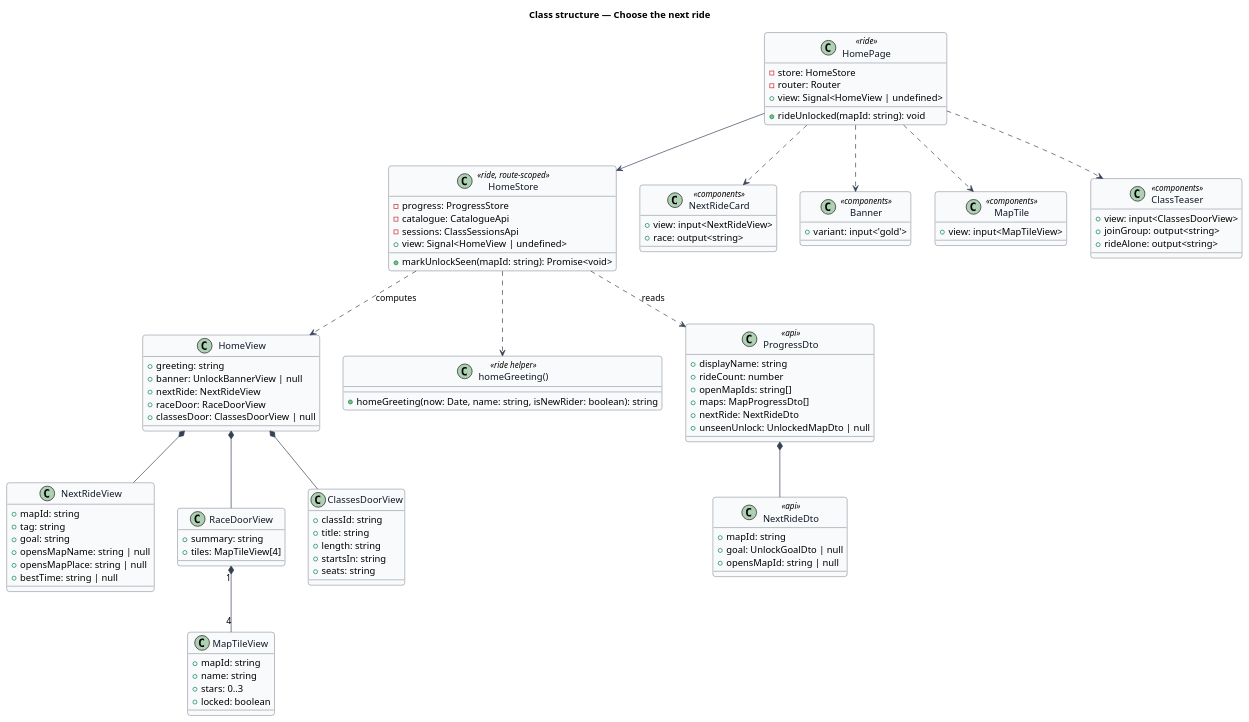
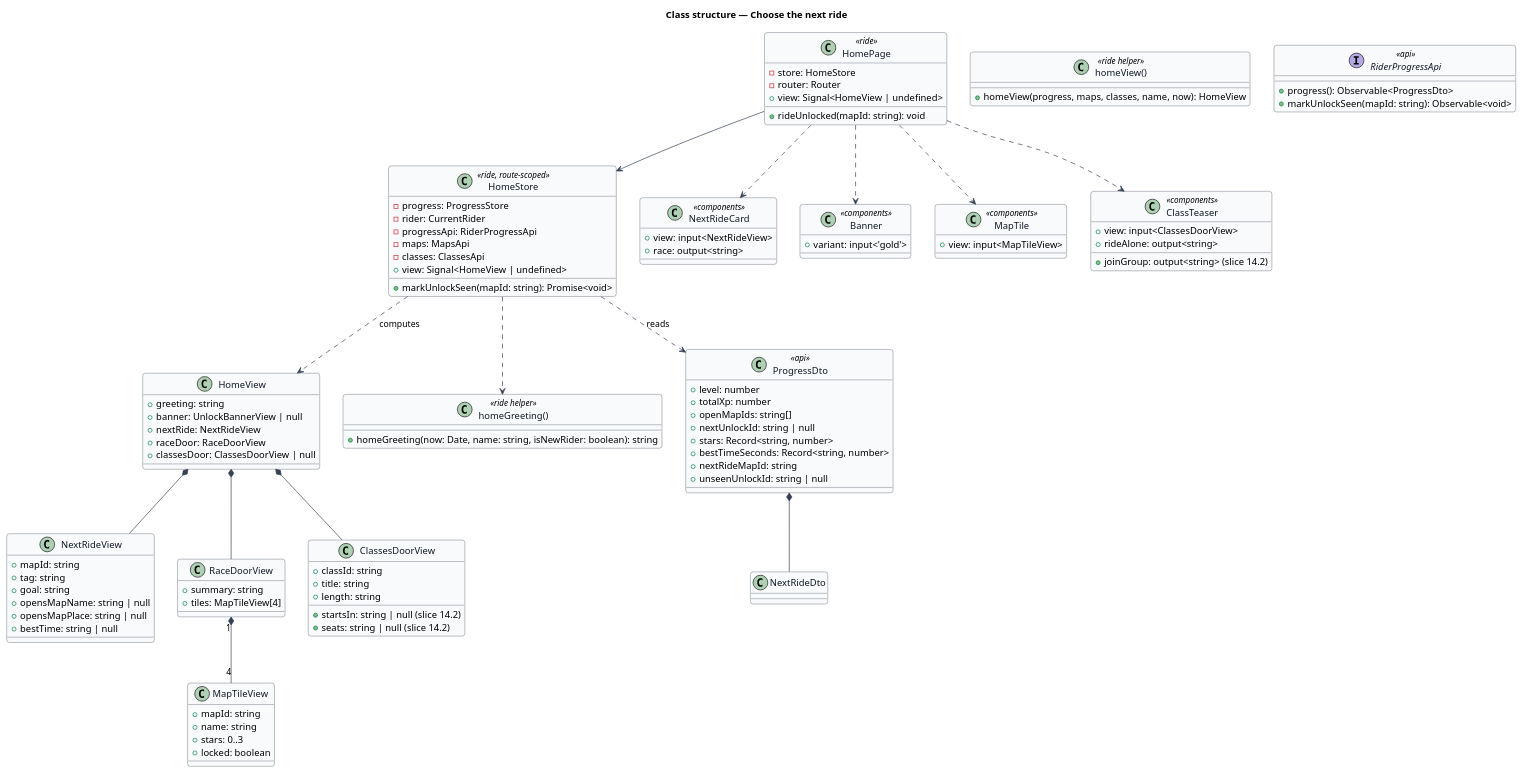
The diagram in docs/detailed-designs/home/choose-the-next-ride/diagrams/class-structure.puml (QuinntyneBrown/ride-one), drawn with PlantUML before and after one commit. The commit also changed 10 other files, not shown here.

First line of the commit message:
Bring Home's design in line with the code it builds on (slice 13.2)

```diff
--- a/docs/detailed-designs/home/choose-the-next-ride/diagrams/class-structure.puml
+++ b/docs/detailed-designs/home/choose-the-next-ride/diagrams/class-structure.puml
@@ -1,104 +1,110 @@
 @startuml
 ' --- shared skin header ---
 skinparam backgroundColor #FFFFFF
 skinparam shadowing false
 skinparam roundcorner 8
 skinparam defaultFontName Arial
 skinparam ArrowColor #344054
 skinparam class {
   BorderColor #344054
   FontColor #101828
   BackgroundColor #F9FAFB
 }
 ' --------------------------
 title Class structure — Choose the next ride
 class HomePage <<ride>> {
   -store: HomeStore
   -router: Router
   +view: Signal<HomeView | undefined>
   +rideUnlocked(mapId: string): void
 }
 class HomeStore <<ride, route-scoped>> {
   -progress: ProgressStore
-  -catalogue: CatalogueApi
-  -sessions: ClassSessionsApi
+  -rider: CurrentRider
+  -progressApi: RiderProgressApi
+  -maps: MapsApi
+  -classes: ClassesApi
   +view: Signal<HomeView | undefined>
   +markUnlockSeen(mapId: string): Promise<void>
 }
 class HomeView {
   +greeting: string
   +banner: UnlockBannerView | null
   +nextRide: NextRideView
   +raceDoor: RaceDoorView
   +classesDoor: ClassesDoorView | null
+}
+class "homeView()" as homeView <<ride helper>> {
+  +homeView(progress, maps, classes, name, now): HomeView
 }
 class NextRideView {
   +mapId: string
   +tag: string
   +goal: string
   +opensMapName: string | null
   +opensMapPlace: string | null
   +bestTime: string | null
 }
 class RaceDoorView {
   +summary: string
   +tiles: MapTileView[4]
 }
 class MapTileView {
   +mapId: string
   +name: string
   +stars: 0..3
   +locked: boolean
 }
 class ClassesDoorView {
   +classId: string
   +title: string
   +length: string
-  +startsIn: string
-  +seats: string
+  +startsIn: string | null (slice 14.2)
+  +seats: string | null (slice 14.2)
 }
 class "homeGreeting()" as greet <<ride helper>> {
   +homeGreeting(now: Date, name: string, isNewRider: boolean): string
 }
 class ProgressDto <<api>> {
-  +displayName: string
-  +rideCount: number
+  +level: number
+  +totalXp: number
   +openMapIds: string[]
-  +maps: MapProgressDto[]
-  +nextRide: NextRideDto
-  +unseenUnlock: UnlockedMapDto | null
+  +nextUnlockId: string | null
+  +stars: Record<string, number>
+  +bestTimeSeconds: Record<string, number>
+  +nextRideMapId: string
+  +unseenUnlockId: string | null
 }
-class NextRideDto <<api>> {
-  +mapId: string
-  +goal: UnlockGoalDto | null
-  +opensMapId: string | null
+interface RiderProgressApi <<api>> {
+  +progress(): Observable<ProgressDto>
+  +markUnlockSeen(mapId: string): Observable<void>
 }
 class NextRideCard <<components>> {
   +view: input<NextRideView>
   +race: output<string>
 }
 class Banner <<components>> {
   +variant: input<'gold'>
 }
 class MapTile <<components>> {
   +view: input<MapTileView>
 }
 class ClassTeaser <<components>> {
   +view: input<ClassesDoorView>
-  +joinGroup: output<string>
+  +joinGroup: output<string> (slice 14.2)
   +rideAlone: output<string>
 }
 HomePage --> HomeStore
 HomePage ..> NextRideCard
 HomePage ..> Banner
 HomePage ..> MapTile
 HomePage ..> ClassTeaser
 HomeStore ..> greet
 HomeStore ..> ProgressDto : reads
 HomeStore ..> HomeView : computes
 HomeView *-- NextRideView
 HomeView *-- RaceDoorView
 HomeView *-- ClassesDoorView
 RaceDoorView "1" *-- "4" MapTileView
 ProgressDto *-- NextRideDto
 @enduml
```
